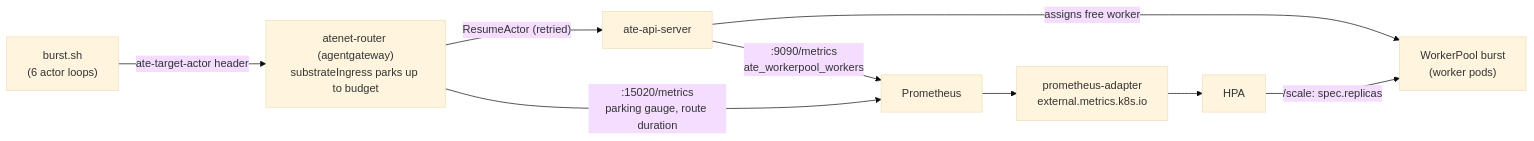
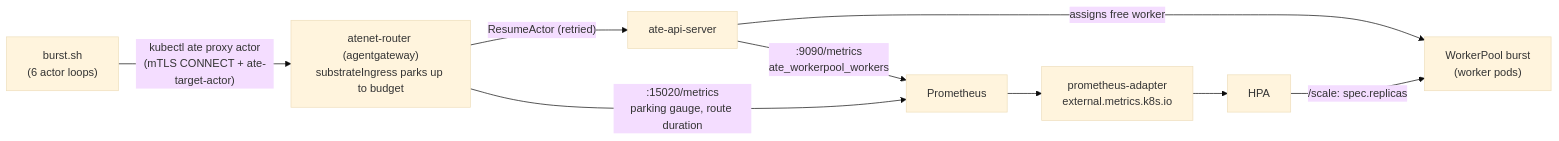
Before and after one commit to AdminTurnedDevOps/agentic-demo-repo: the diagram in substrate/autoscaling/README.md, drawn with Mermaid (base theme). The commit also changed other lines of this file and 57 other files, not shown here.

````diff
--- a/substrate/autoscaling/README.md
+++ b/substrate/autoscaling/README.md
@@ -73,11 +78,11 @@
 ```mermaid
 flowchart LR
-    client["burst.sh<br/>(6 actor loops)"] -->|"ate-target-actor header"| router["atenet-router (agentgateway)<br/>substrateIngress parks up to budget"]
+    client["burst.sh<br/>(6 actor loops)"] -->|"kubectl ate proxy actor<br/>(mTLS CONNECT + ate-target-actor)"| router["atenet-router (agentgateway)<br/>substrateIngress parks up to budget"]
     router -->|"ResumeActor (retried)"| api["ate-api-server"]
     api -->|"assigns free worker"| pool["WorkerPool burst<br/>(worker pods)"]
     api -->|":9090/metrics<br/>ate_workerpool_workers"| prom["Prometheus"]
     router -->|":15020/metrics<br/>parking gauge, route duration"| prom
     prom --> adapter["prometheus-adapter<br/>external.metrics.k8s.io"]
     adapter --> hpa["HPA"]
     hpa -->|"/scale: spec.replicas"| pool
 ```
````
